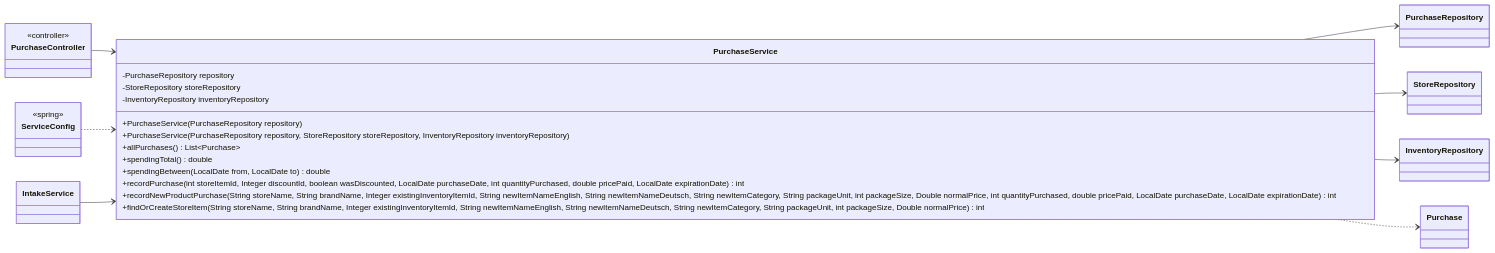
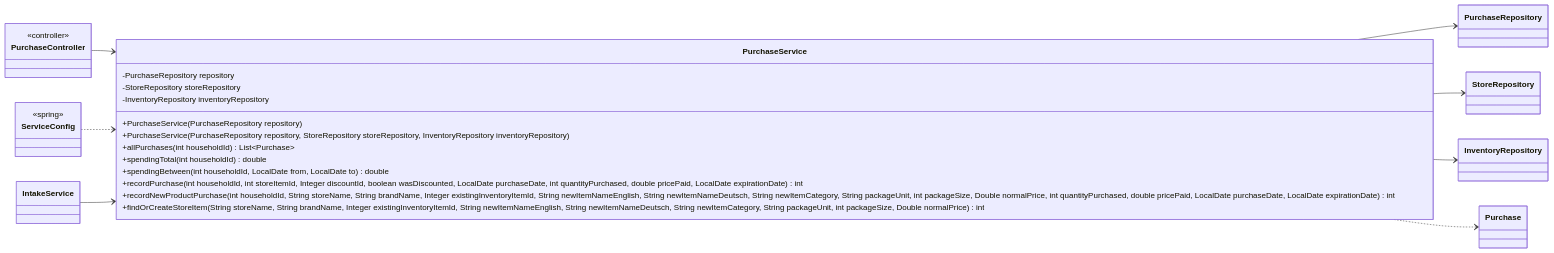
One commit to Nate-ryan-7690/dahaem changed the seventh of 10 diagrams in docs/classes/finance.md. Above: the diagram before and after it, drawn with Mermaid. The commit also changed other lines of this file and 5 other files, not shown here.

````diff
--- a/docs/classes/finance.md
+++ b/docs/classes/finance.md
@@ -309,35 +309,35 @@
 ```mermaid
 classDiagram
     direction LR
     class finance_PurchaseService["PurchaseService"] {
         -PurchaseRepository repository
         -StoreRepository storeRepository
         -InventoryRepository inventoryRepository
         +PurchaseService(PurchaseRepository repository)
         +PurchaseService(PurchaseRepository repository, StoreRepository storeRepository, InventoryRepository inventoryRepository)
-        +allPurchases() List~Purchase~
-        +spendingTotal() double
-        +spendingBetween(LocalDate from, LocalDate to) double
-        +recordPurchase(int storeItemId, Integer discountId, boolean wasDiscounted, LocalDate purchaseDate, int quantityPurchased, double pricePaid, LocalDate expirationDate) int
-        +recordNewProductPurchase(String storeName, String brandName, Integer existingInventoryItemId, String newItemNameEnglish, String newItemNameDeutsch, String newItemCategory, String packageUnit, int packageSize, Double normalPrice, int quantityPurchased, double pricePaid, LocalDate purchaseDate, LocalDate expirationDate) int
+        +allPurchases(int householdId) List~Purchase~
+        +spendingTotal(int householdId) double
+        +spendingBetween(int householdId, LocalDate from, LocalDate to) double
+        +recordPurchase(int householdId, int storeItemId, Integer discountId, boolean wasDiscounted, LocalDate purchaseDate, int quantityPurchased, double pricePaid, LocalDate expirationDate) int
+        +recordNewProductPurchase(int householdId, String storeName, String brandName, Integer existingInventoryItemId, String newItemNameEnglish, String newItemNameDeutsch, String newItemCategory, String packageUnit, int packageSize, Double normalPrice, int quantityPurchased, double pricePaid, LocalDate purchaseDate, LocalDate expirationDate) int
         +findOrCreateStoreItem(String storeName, String brandName, Integer existingInventoryItemId, String newItemNameEnglish, String newItemNameDeutsch, String newItemCategory, String packageUnit, int packageSize, Double normalPrice) int
     }
     class finance_PurchaseRepository["PurchaseRepository"]
     class stores_StoreRepository["StoreRepository"]
     class inventory_InventoryRepository["InventoryRepository"]
     class api_PurchaseController["PurchaseController"] {
         <<controller>>
     }
     class barcode_IntakeService["IntakeService"]
     class finance_Purchase["Purchase"]
     class api_ServiceConfig["ServiceConfig"] {
         <<spring>>
     }
     finance_PurchaseService --> finance_PurchaseRepository
     finance_PurchaseService --> stores_StoreRepository
     finance_PurchaseService --> inventory_InventoryRepository
     finance_PurchaseService ..> finance_Purchase
     api_PurchaseController --> finance_PurchaseService
     api_ServiceConfig ..> finance_PurchaseService
     barcode_IntakeService --> finance_PurchaseService
 ```
````
